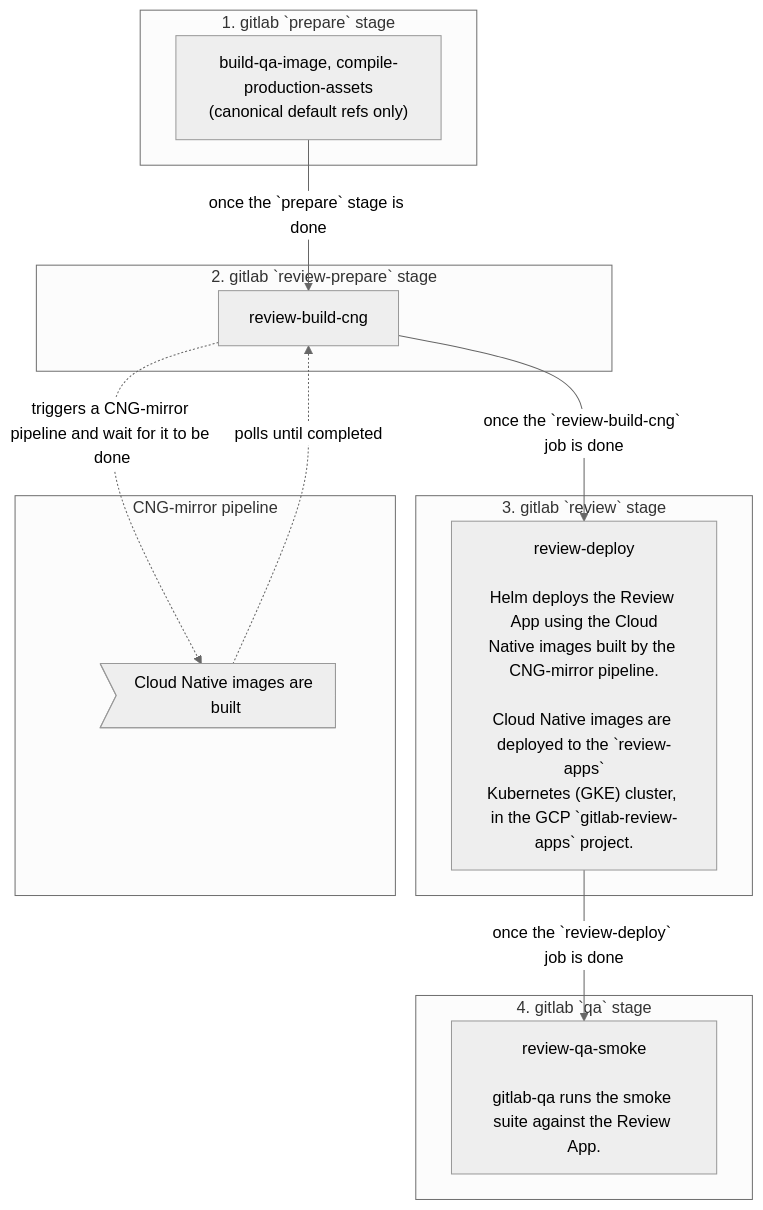
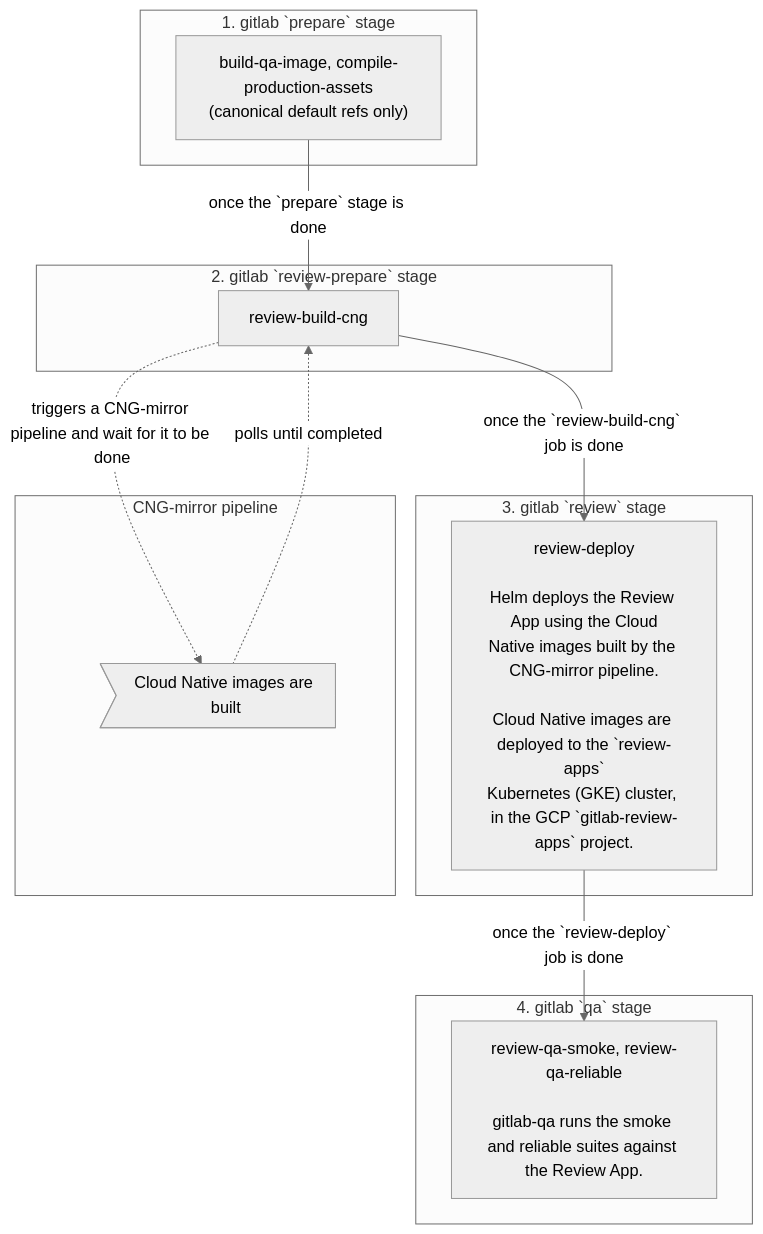
Before and after one commit to diffblue/gitlab: the diagram in doc/development/testing_guide/review_apps.md, drawn with Mermaid (neutral theme). The commit also changed other lines of this file and 3 other files, not shown here.

Commit message:
Disallow review-qa-reliable job to fail

````diff
--- a/doc/development/testing_guide/review_apps.md
+++ b/doc/development/testing_guide/review_apps.md
@@ -118,34 +118,34 @@
 ```mermaid
 graph TD
   A["build-qa-image, compile-production-assets<br/>(canonical default refs only)"];
   B[review-build-cng];
   C[review-deploy];
   D[CNG-mirror];
-  E[review-qa-smoke];
+  E[review-qa-smoke, review-qa-reliable];
 
   A -->|once the `prepare` stage is done| B
   B -.->|triggers a CNG-mirror pipeline and wait for it to be done| D
   D -.->|polls until completed| B
   B -->|once the `review-build-cng` job is done| C
   C -->|once the `review-deploy` job is done| E
 
 subgraph "1. gitlab `prepare` stage"
   A
   end
 
 subgraph "2. gitlab `review-prepare` stage"
   B
   end
 
 subgraph "3. gitlab `review` stage"
   C["review-deploy<br><br>Helm deploys the Review App using the Cloud<br/>Native images built by the CNG-mirror pipeline.<br><br>Cloud Native images are deployed to the `review-apps`<br>Kubernetes (GKE) cluster, in the GCP `gitlab-review-apps` project."]
   end
 
 subgraph "4. gitlab `qa` stage"
-  E[review-qa-smoke<br><br>gitlab-qa runs the smoke suite against the Review App.]
+  E[review-qa-smoke, review-qa-reliable<br><br>gitlab-qa runs the smoke and reliable suites against the Review App.]
   end
 
 subgraph "CNG-mirror pipeline"
   D>Cloud Native images are built];
   end
 ```
````
